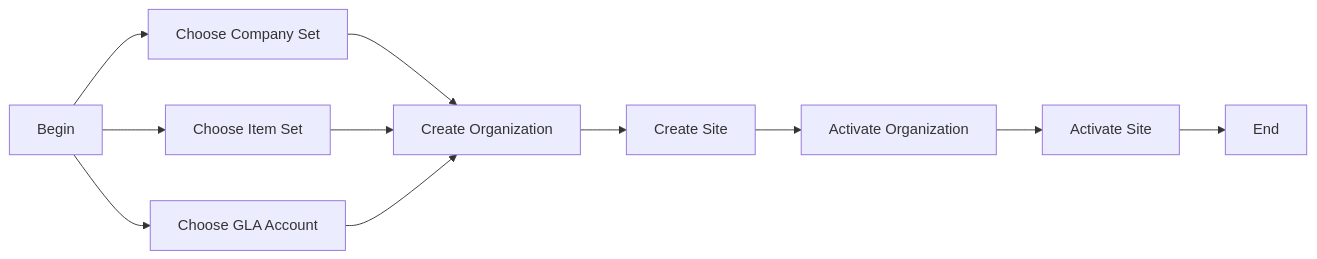
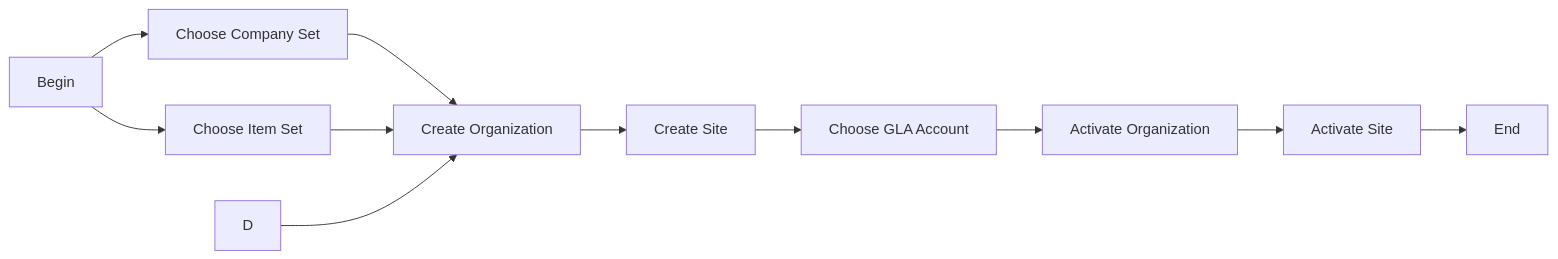
Before and after one commit to codersyacht/maximo-knowledge-center: the diagram in maximo/administration/organizations/01-organization-definition.md, drawn with Mermaid.

Commit message:
01-organization-definition.md

````diff
--- a/maximo/administration/organizations/01-organization-definition.md
+++ b/maximo/administration/organizations/01-organization-definition.md
@@ -15,13 +15,13 @@
 ```mermaid
 graph LR
 A[Begin]-->B[Choose Company Set]
 A[Begin]-->C[Choose Item Set]
-A[Begin]-->D[Choose GLA Account]
 B-->E[Create Organization]
 C-->E
 D-->E
 E-->F[Create Site]
-F-->G[Activate Organization]
-G-->H[Activate Site]
-H--> I[End]
+F-->G[Choose GLA Account]
+G-->H[Activate Organization]
+H-->I[Activate Site]
+I--> J[End]
 ```
````
